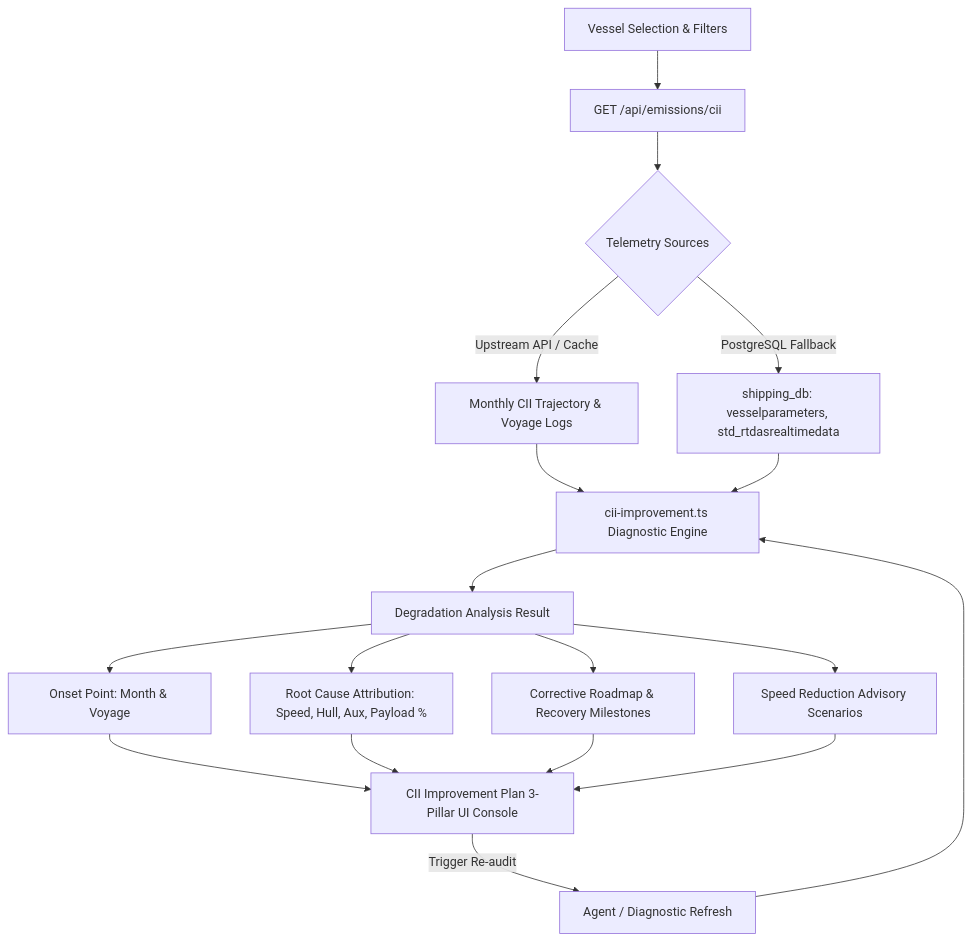
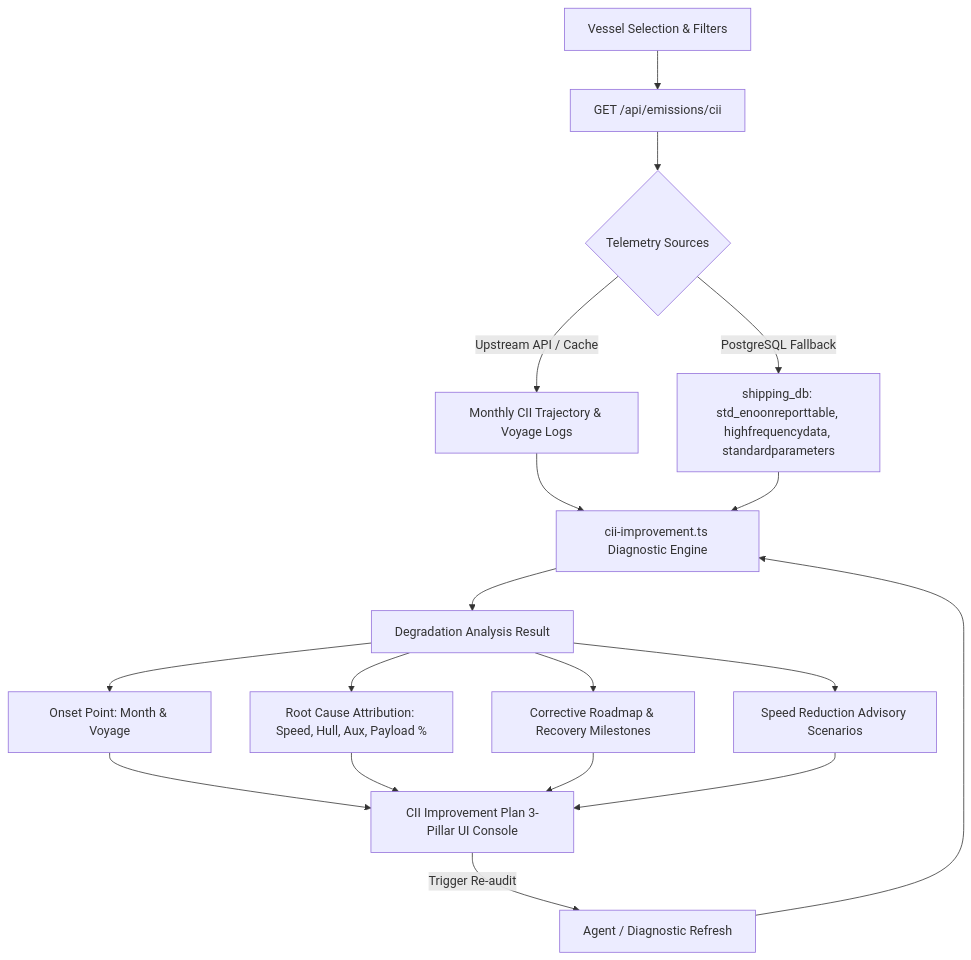
Before and after one commit to magaramol01/ssh-dashboard-v3: the diagram in docs/superpowers/specs/2026-09-08-cii-improvement-plan-design.md, drawn with Mermaid. The commit also changed other lines of this file and 1 other file, not shown here.

Commit message:
docs: update spec and plan with exact shipping_db tables

````diff
--- a/docs/superpowers/specs/2026-09-08-cii-improvement-plan-design.md
+++ b/docs/superpowers/specs/2026-09-08-cii-improvement-plan-design.md
@@ -22,17 +22,17 @@
 ```mermaid
 flowchart TD
     A[Vessel Selection & Filters] --> B[GET /api/emissions/cii]
     B --> C{Telemetry Sources}
     C -->|Upstream API / Cache| D[Monthly CII Trajectory & Voyage Logs]
-    C -->|PostgreSQL Fallback| E[shipping_db: vesselparameters, std_rtdasrealtimedata]
+    C -->|PostgreSQL Fallback| E[shipping_db: std_enoonreporttable, highfrequencydata, standardparameters]
     D --> F[cii-improvement.ts Diagnostic Engine]
     E --> F
     F --> G[Degradation Analysis Result]
     G --> H[Onset Point: Month & Voyage]
     G --> I[Root Cause Attribution: Speed, Hull, Aux, Payload %]
     G --> J[Corrective Roadmap & Recovery Milestones]
     G --> K[Speed Reduction Advisory Scenarios]
     H & I & J & K --> L[CII Improvement Plan 3-Pillar UI Console]
     L -->|Trigger Re-audit| M[Agent / Diagnostic Refresh]
     M --> F
 ```
````
